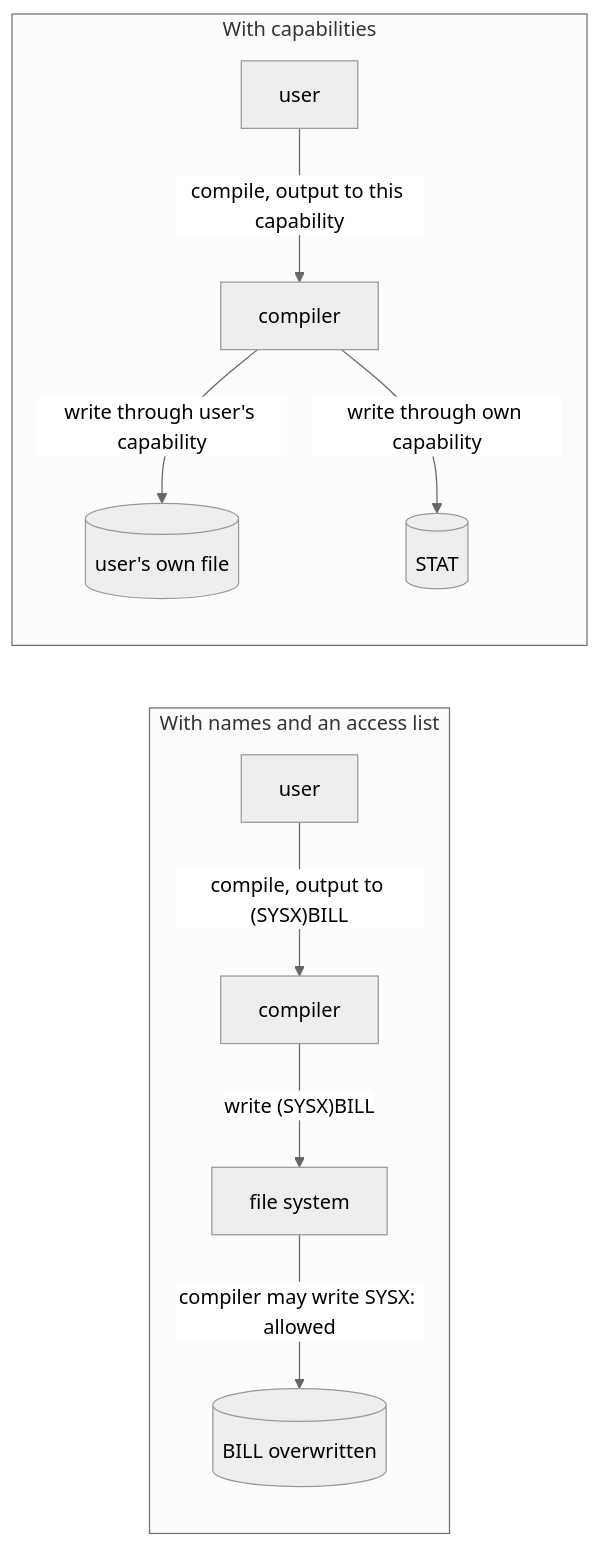
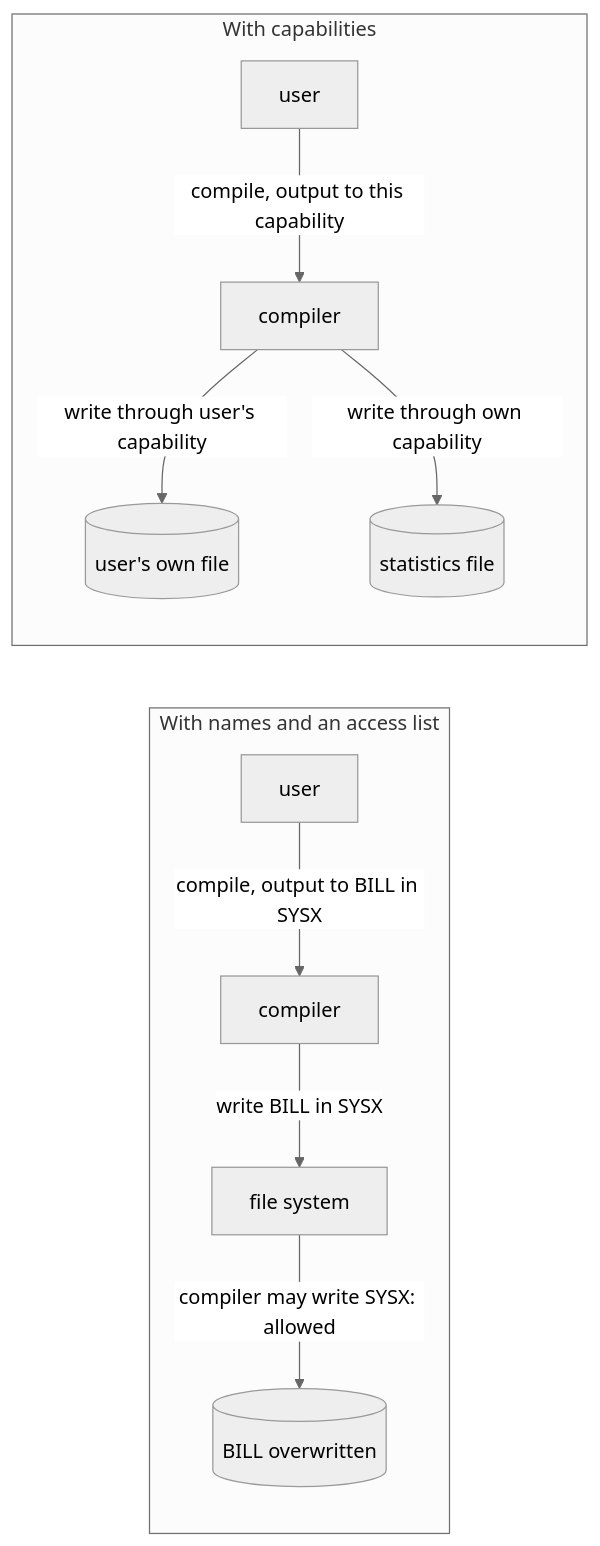
One commit to nshkrdotcom/erXos changed the third of 3 diagrams in docs/book/02-microkernels.md. Above: the diagram before and after it, drawn with Mermaid (neutral theme). The commit also changed other lines of this file, not shown here.

````diff
--- a/docs/book/02-microkernels.md
+++ b/docs/book/02-microkernels.md
@@ -464,13 +439,13 @@
 ```mermaid
 flowchart LR
     subgraph acl [With names and an access list]
-        u1[user] -->|"compile, output to (SYSX)BILL"| c1[compiler]
-        c1 -->|"write (SYSX)BILL"| fs1[file system]
+        u1[user] -->|"compile, output to BILL in SYSX"| c1[compiler]
+        c1 -->|"write BILL in SYSX"| fs1[file system]
         fs1 -->|"compiler may write SYSX: allowed"| bill1[(BILL overwritten)]
     end
     subgraph cap [With capabilities]
         u2[user] -->|"compile, output to this capability"| c2[compiler]
         c2 -->|write through user's capability| out2[(user's own file)]
-        c2 -->|write through own capability| stat2[(STAT)]
+        c2 -->|write through own capability| stat2[(statistics file)]
     end
 ```
````
